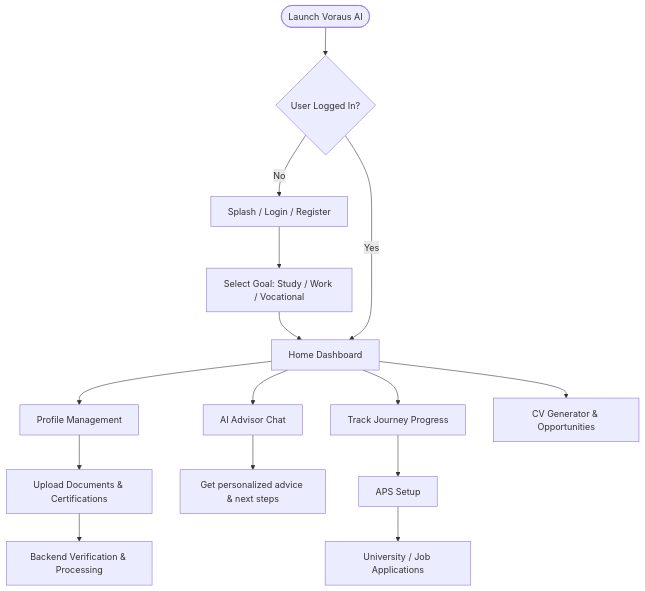
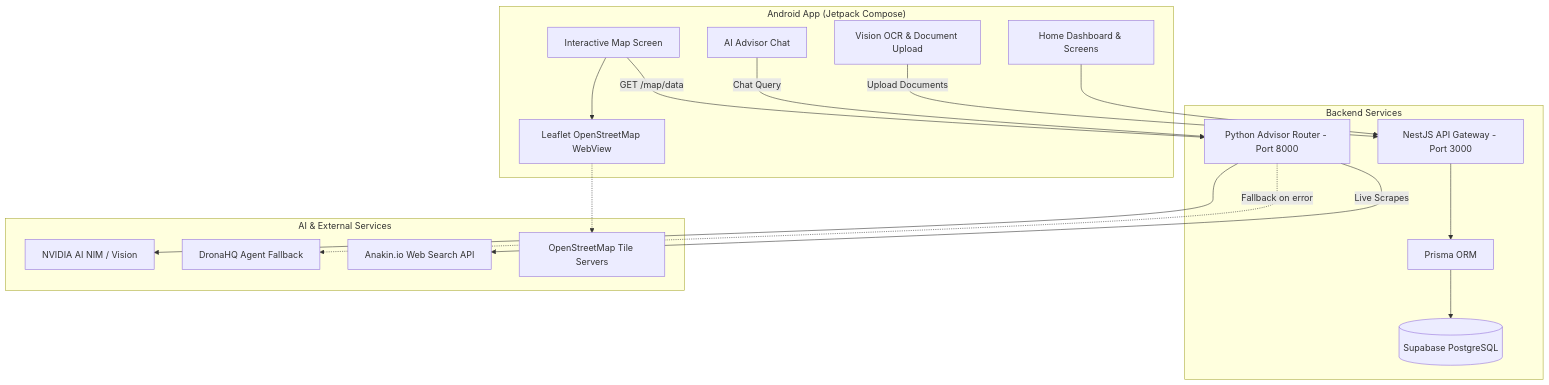
Before and after one commit to D-Harsha-vardhan/Voraus-AI: the diagram in README.md, drawn with Mermaid. The commit also changed other lines of this file, not shown here.

Commit message:
docs: Update README with OpenStreetMap, real-time Berlin markings, and system architecture

````diff
--- a/README.md
+++ b/README.md
@@ -36,21 +55,36 @@
 ```mermaid
 graph TD
-    A([Launch Voraus AI]) --> B{User Logged In?}
-    B -- No --> C[Splash / Login / Register]
-    C --> D[Select Goal: Study / Work / Vocational]
-    D --> E[Home Dashboard]
-    B -- Yes --> E
-    
-    E --> F[Profile Management]
-    F --> G[Upload Documents & Certifications]
-    G --> G1[Backend Verification & Processing]
-    
-    E --> H[AI Advisor Chat]
-    H --> I[Get personalized advice & next steps]
-    
-    E --> J[Track Journey Progress]
-    J --> K[APS Setup]
-    K --> L[University / Job Applications]
-    
-    E --> M[CV Generator & Opportunities]
+    subgraph Mobile ["Android App (Jetpack Compose)"]
+        UI[Home Dashboard & Screens]
+        Map[Interactive Map Screen]
+        WebMap[Leaflet OpenStreetMap WebView]
+        OCR[Vision OCR & Document Upload]
+        Advisor[AI Advisor Chat]
+    end
+
+    subgraph BackendServices ["Backend Services"]
+        Nest[NestJS API Gateway - Port 3000]
+        FastAPI[Python Advisor Router - Port 8000]
+        Prisma[Prisma ORM]
+        DB[(Supabase PostgreSQL)]
+    end
+
+    subgraph ExternalAPIs ["AI & External Services"]
+        Nvidia[NVIDIA AI NIM / Vision]
+        Drona[DronaHQ Agent Fallback]
+        Anakin[Anakin.io Web Search API]
+        OSM[OpenStreetMap Tile Servers]
+    end
+
+    Map --> WebMap
+    WebMap -.-> OSM
+    Map -->|GET /map/data| FastAPI
+    Advisor -->|Chat Query| FastAPI
+    FastAPI --> Nvidia
+    FastAPI -.->|Fallback on error| Drona
+    FastAPI -->|Live Scrapes| Anakin
+    OCR -->|Upload Documents| Nest
+    Nest --> Prisma
+    Prisma --> DB
+    UI --> Nest
 ```
````
